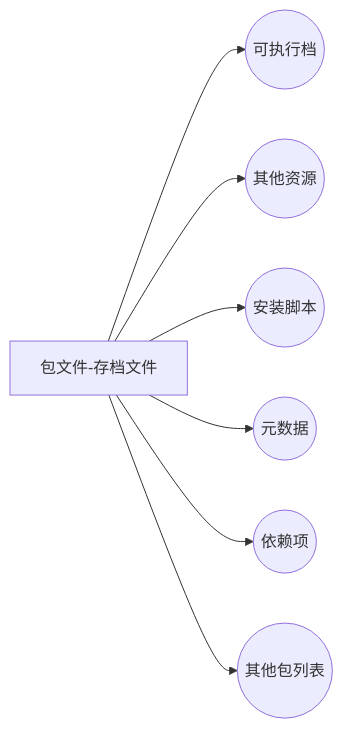
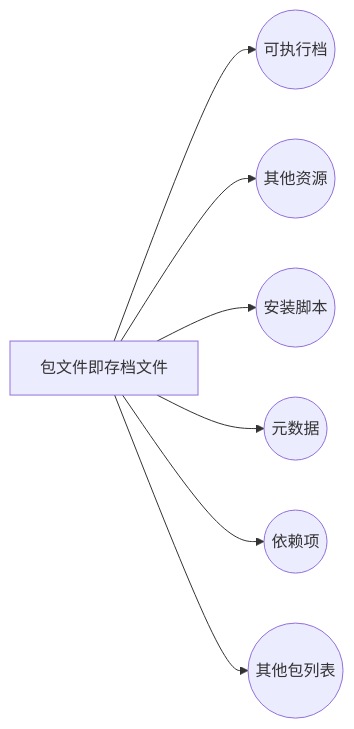
Before and after one commit to RisunJiang/notebook: the fourth of 4 diagrams in 包管理.md, drawn with Mermaid. The commit also changed other lines of this file, not shown here.

````diff
--- a/包管理.md
+++ b/包管理.md
@@ -25,9 +25,9 @@
 ```mermaid
 graph LR
-A[包文件-存档文件] --> B((可执行档))
+A[包文件即存档文件] --> B((可执行档))
 A --> C((其他资源))
 A --> D((安装脚本))
 A --> E((元数据))
 A --> F((依赖项))
 A --> G((其他包列表))
 ```
````
